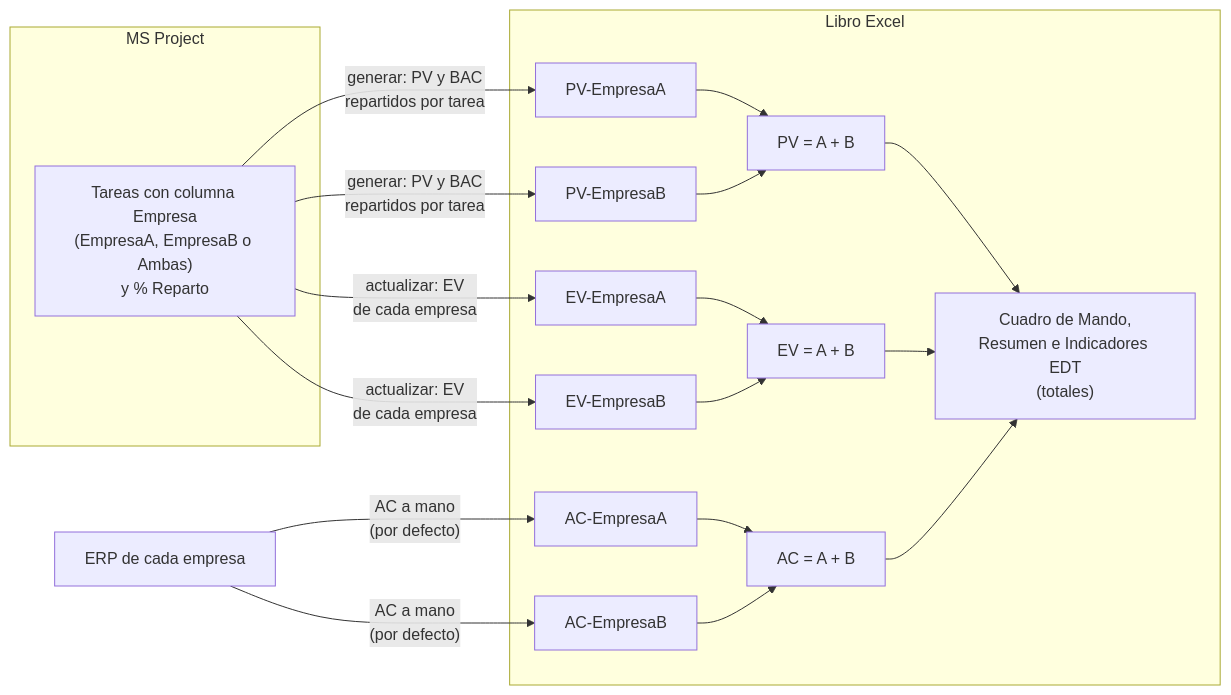
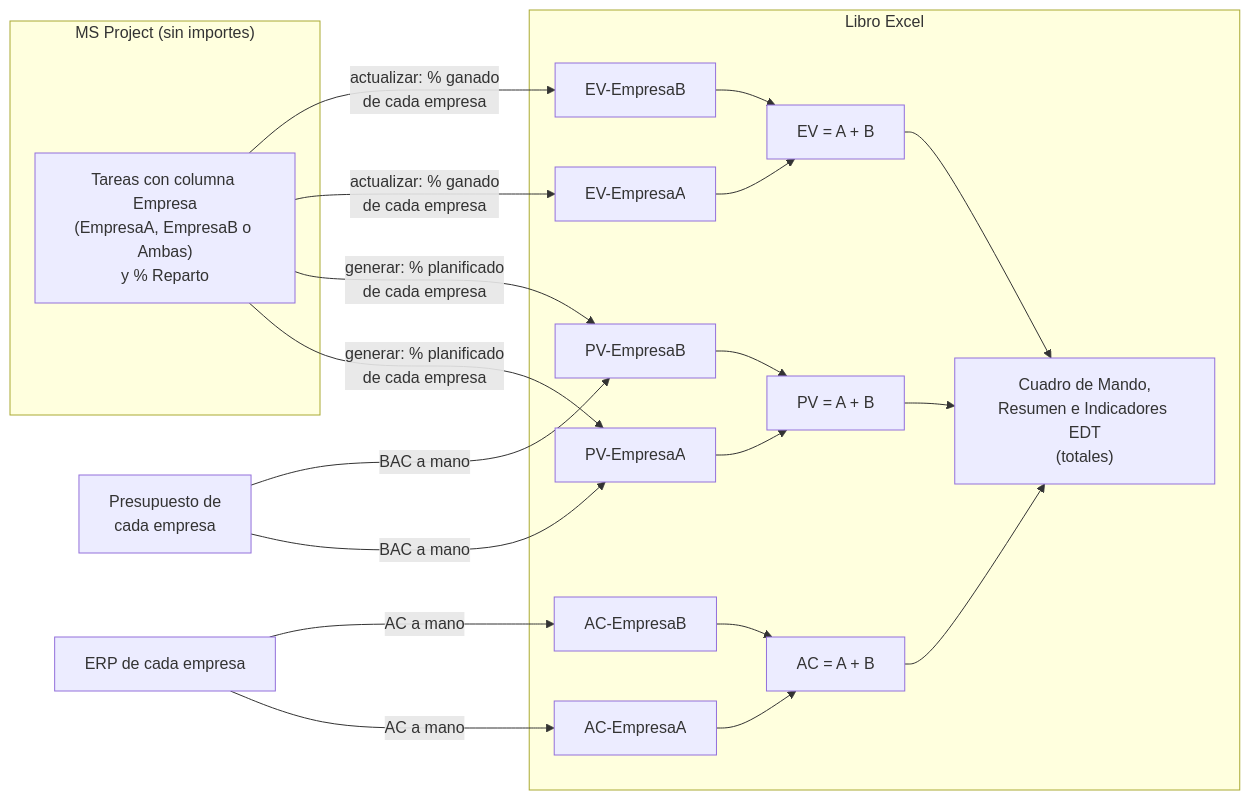
The first of 3 diagrams in docs/multiempresa.md (MarceloSalazar/evm-automation), drawn with Mermaid before and after one commit. The commit also changed other lines of this file and 101 other files, not shown here.

First line of the commit message:
Versión 2.0.0: PV y EV con el BAC del libro (cronograma sin importes) (#16)

````diff
--- a/docs/multiempresa.md
+++ b/docs/multiempresa.md
@@ -41,18 +54,19 @@
 ```mermaid
 flowchart LR
-    subgraph MSP["MS Project"]
+    subgraph MSP["MS Project (sin importes)"]
         T["Tareas con columna Empresa<br/>(EmpresaA, EmpresaB o Ambas)<br/>y % Reparto"]
     end
     subgraph LIBRO["Libro Excel"]
         PVA["PV-EmpresaA"] --> PV["PV = A + B"]
         PVB["PV-EmpresaB"] --> PV
         EVA["EV-EmpresaA"] --> EV["EV = A + B"]
         EVB["EV-EmpresaB"] --> EV
         ACA["AC-EmpresaA"] --> AC["AC = A + B"]
         ACB["AC-EmpresaB"] --> AC
         PV & EV & AC --> CM["Cuadro de Mando,<br/>Resumen e Indicadores EDT<br/>(totales)"]
     end
-    T -- "generar: PV y BAC<br/>repartidos por tarea" --> PVA & PVB
-    T -- "actualizar: EV<br/>de cada empresa" --> EVA & EVB
-    ERP["ERP de cada empresa"] -- "AC a mano<br/>(por defecto)" --> ACA & ACB
+    T -- "generar: % planificado<br/>de cada empresa" --> PVA & PVB
+    T -- "actualizar: % ganado<br/>de cada empresa" --> EVA & EVB
+    PRE["Presupuesto de<br/>cada empresa"] -- "BAC a mano" --> PVA & PVB
+    ERP["ERP de cada empresa"] -- "AC a mano" --> ACA & ACB
 ```
````
